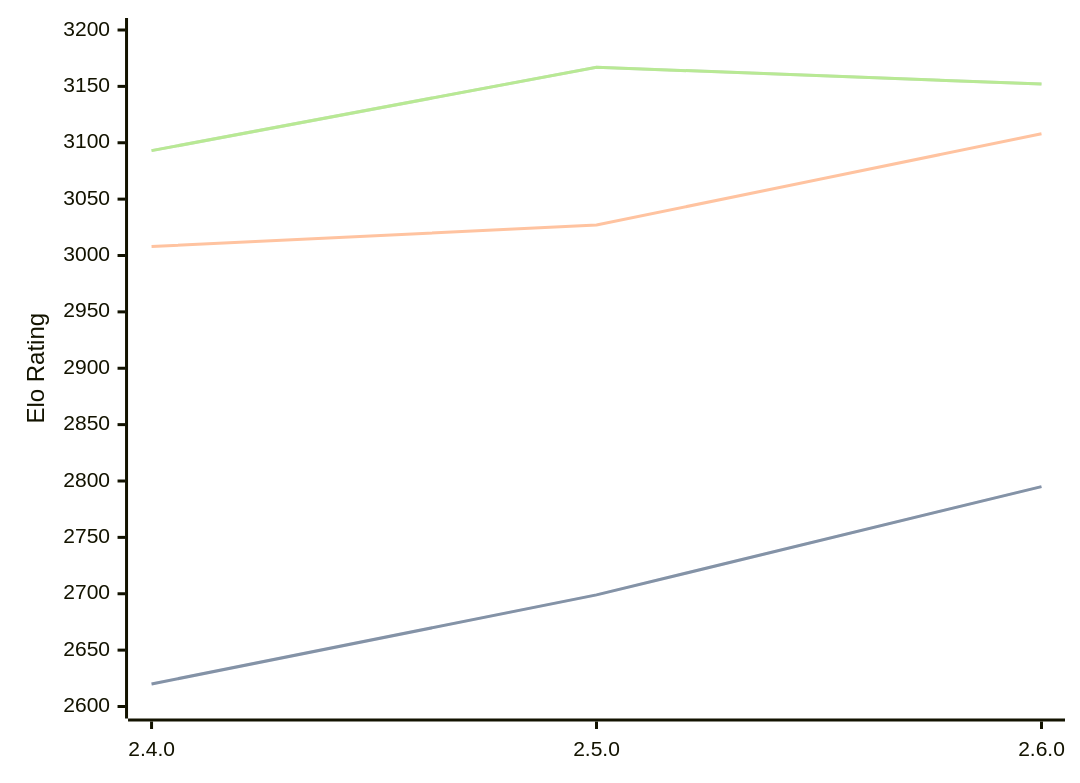
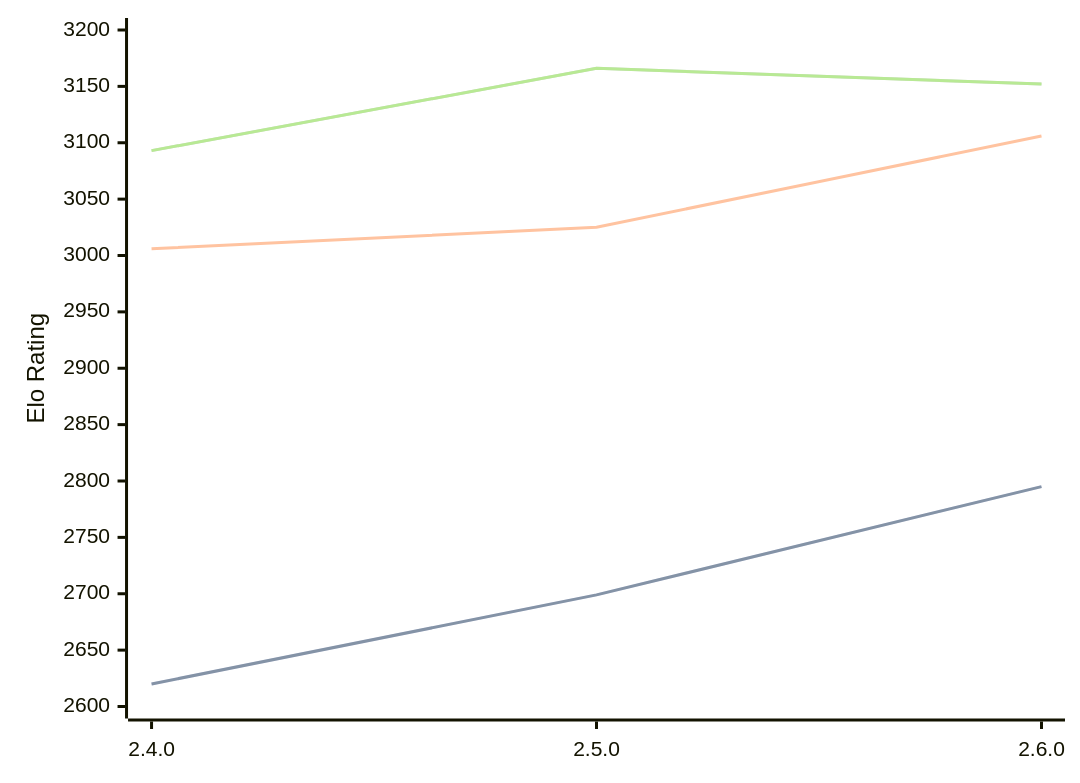
Before and after one commit to computer-chess-index/cci: the diagram in engines/Sturddle2.md, drawn with Mermaid. The commit also changed other lines of this file, not shown here.

Commit message:
Update CCI Ratings (ELO VLTC) - 2026-09-11

````diff
--- a/engines/Sturddle2.md
+++ b/engines/Sturddle2.md
@@ -33,11 +33,11 @@
 ```mermaid
 %%{init: {"theme":"base","themeVariables":{"seriesColors:['#a3a3a3','#222221','#faa371']}}}%%
 xychart-beta
   x-axis ["2.4.0", "2.5.0", "2.6.0"]
   y-axis "Elo Rating" 2600 --> 3200
   line "" [2620, 2699, 2795]
   line "STC (8.0+0.08s)" [2620, 2699, 2795]
-  line "LTC (60.0+0.60s)" [3008, 3027, 3108]
-  line "" [3093, 3167, 3152]
-  line "VLTC (2m24s+1.12s)" [3093, 3167, 3152]
+  line "LTC (60.0+0.60s)" [3006, 3025, 3106]
+  line "" [3093, 3166, 3152]
+  line "VLTC (2m24s+1.12s)" [3093, 3166, 3152]
 ```
````
